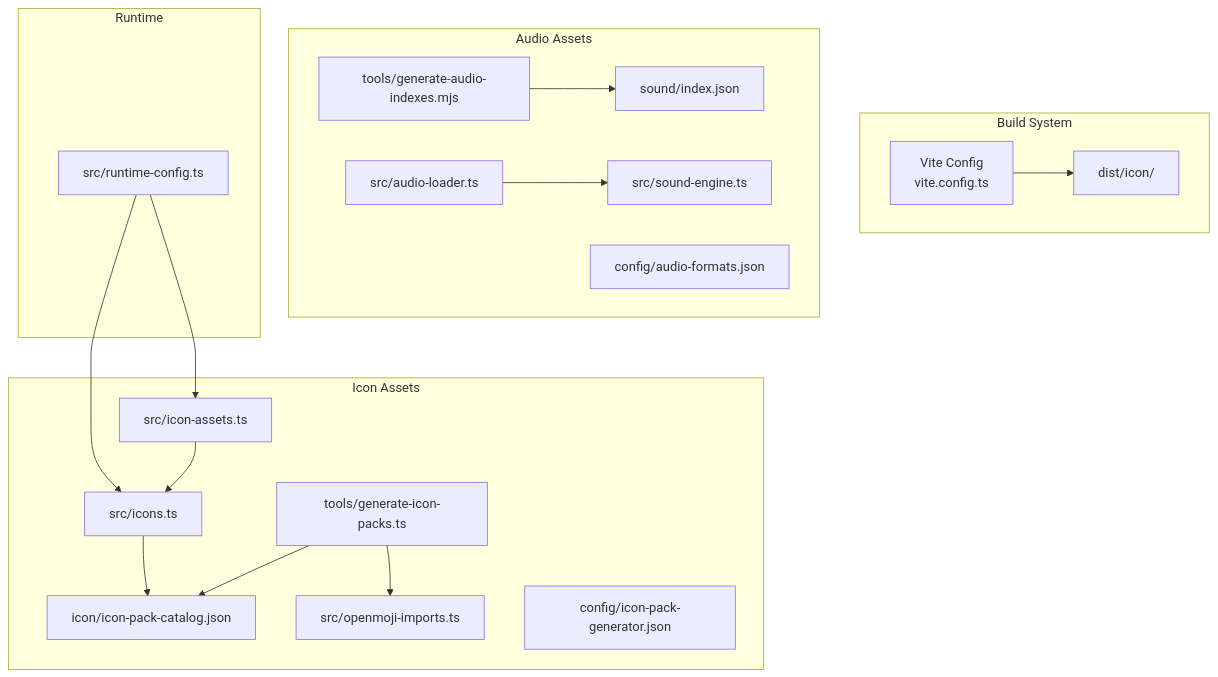
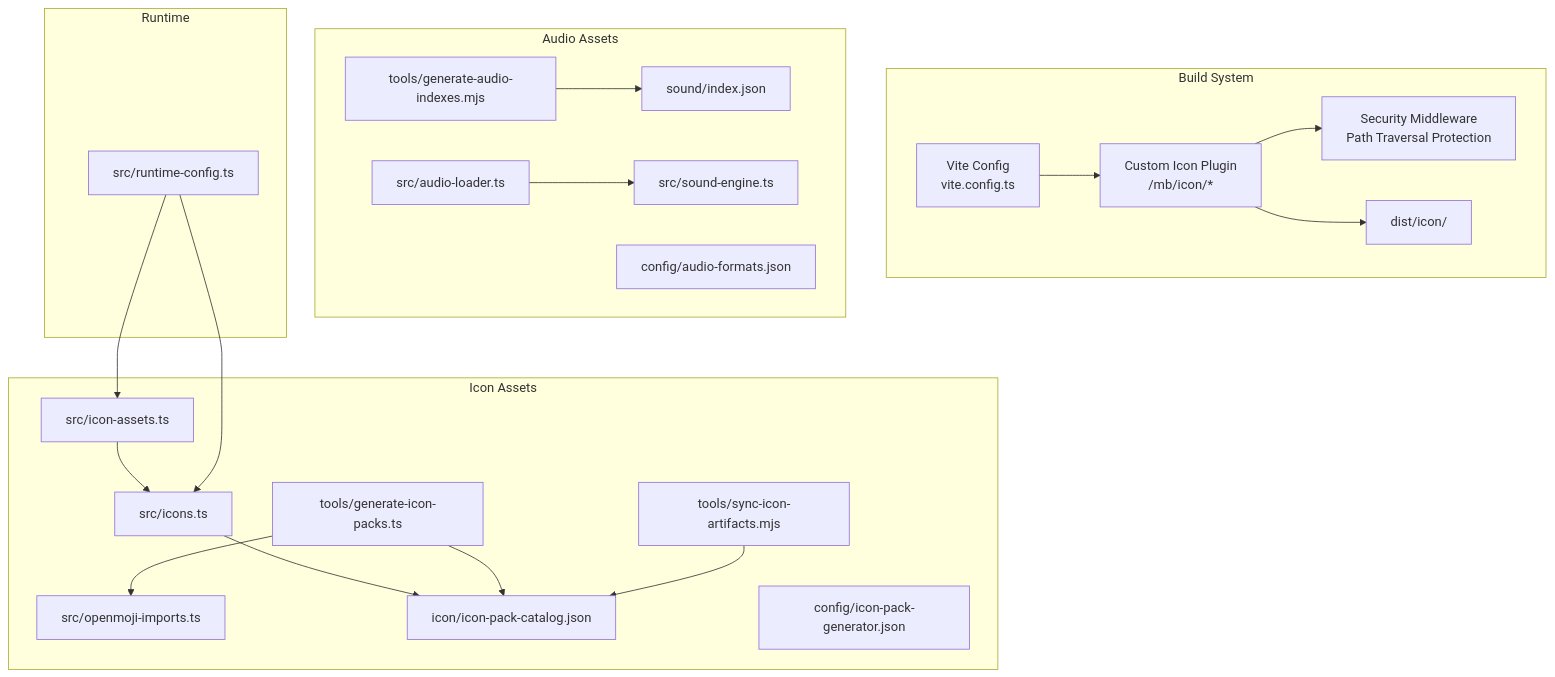
The first of 9 diagrams in .qoder/repowiki/en/content/Architecture Overview/Asset Management Architecture.md (satyrlord/mb), drawn with Mermaid before and after one commit. The commit also changed other lines of this file and 26 other files, not shown here.

````diff
--- a/.qoder/repowiki/en/content/Architecture Overview/Asset Management Architecture.md
+++ b/.qoder/repowiki/en/content/Architecture Overview/Asset Management Architecture.md
@@ -46,34 +58,40 @@
 ```mermaid
 graph TB
 subgraph "Build System"
 Vite["Vite Config<br/>vite.config.ts"]
 Dist["dist/icon/"]
+IconPlugin["Custom Icon Plugin<br/>/mb/icon/*"]
+Security["Security Middleware<br/>Path Traversal Protection"]
 end
 subgraph "Icon Assets"
 SrcIcons["src/icons.ts"]
 SrcOpenmojiImports["src/openmoji-imports.ts"]
 SrcIconAssets["src/icon-assets.ts"]
 IconCatalog["icon/icon-pack-catalog.json"]
 GenConfig["config/icon-pack-generator.json"]
 GenScript["tools/generate-icon-packs.ts"]
+SyncScript["tools/sync-icon-artifacts.mjs"]
 end
 subgraph "Audio Assets"
 AudioIndex["sound/index.json"]
 AudioLoader["src/audio-loader.ts"]
 SoundEngine["src/sound-engine.ts"]
 AudioFormats["config/audio-formats.json"]
 AudioTool["tools/generate-audio-indexes.mjs"]
 end
 subgraph "Runtime"
 RuntimeCfg["src/runtime-config.ts"]
 end
-Vite --> Dist
+Vite --> IconPlugin
+IconPlugin --> Security
+IconPlugin --> Dist
 SrcIcons --> IconCatalog
 GenScript --> IconCatalog
 GenScript --> SrcOpenmojiImports
+SyncScript --> IconCatalog
 SrcIconAssets --> SrcIcons
 AudioLoader --> SoundEngine
 AudioTool --> AudioIndex
 RuntimeCfg --> SrcIcons
 RuntimeCfg --> SrcIconAssets
 ```
````
